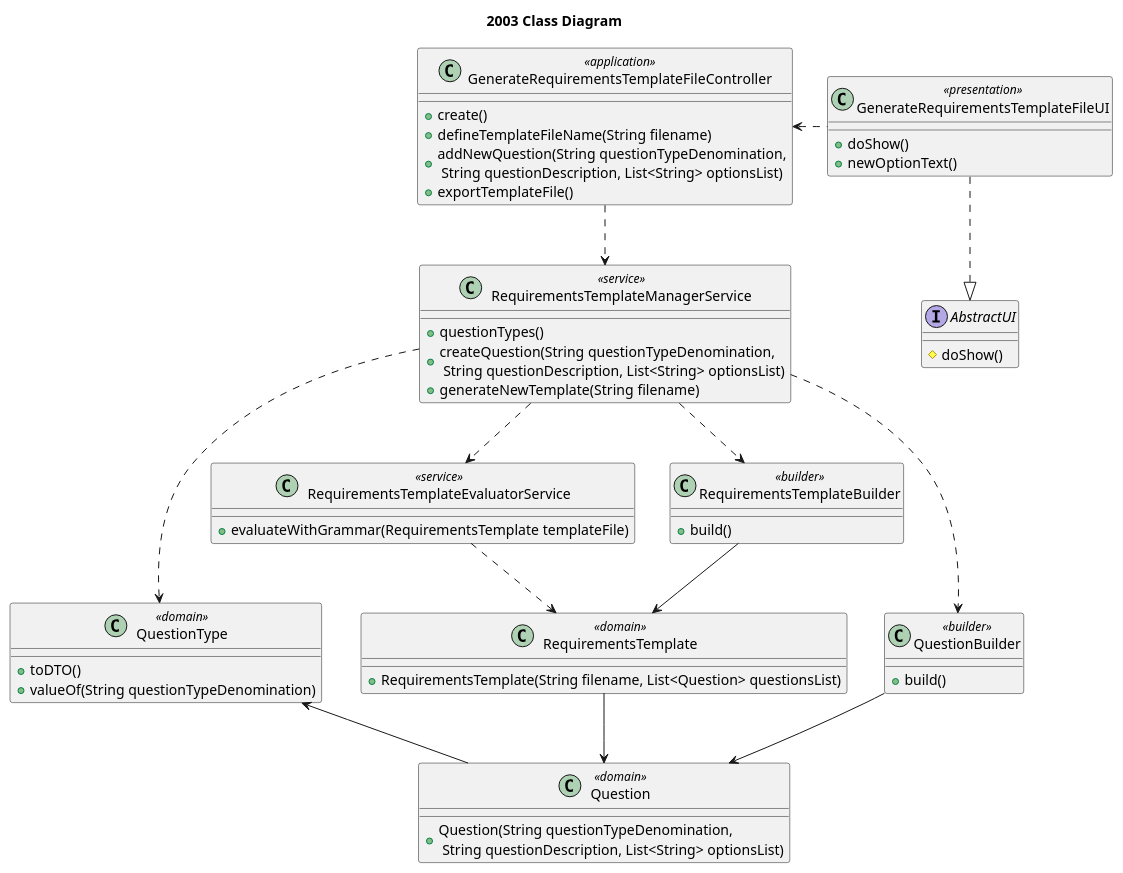
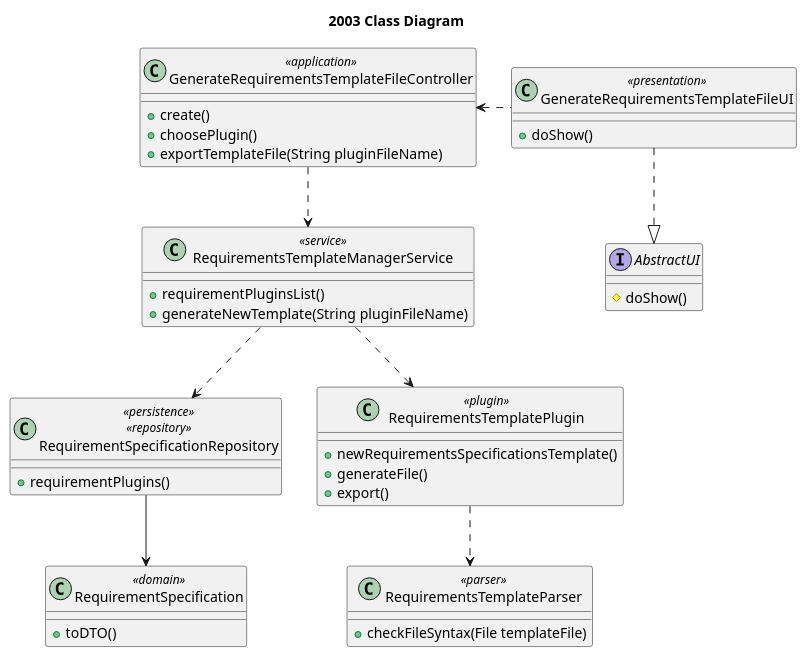
One commit to rita-barbosa/LAPR4-2324 changed the diagram in docs/sb_us_2003/US2003_Class_Diagram/us2003_class_diagram.puml. Above: the diagram before and after it, drawn with PlantUML. The commit also changed 6 other files, not shown here.

Commit message:
docs: US2003 design update for plugin (diagrams, grammar + patterns) + text template example [#104]

```diff
--- a/docs/sb_us_2003/US2003_Class_Diagram/us2003_class_diagram.puml
+++ b/docs/sb_us_2003/US2003_Class_Diagram/us2003_class_diagram.puml
@@ -1,75 +1,56 @@
 @startuml US2003_class_diagram
 'https://plantuml.com/class-diagram
 
 title 2003 Class Diagram
 
 interface AbstractUI {
 # doShow()
 }
 
 class GenerateRequirementsTemplateFileUI <<presentation>>  {
 + doShow()
-+ newOptionText()
 }
 
 class GenerateRequirementsTemplateFileController <<application>> {
 + create()
-+ defineTemplateFileName(String filename)
-+ addNewQuestion(String questionTypeDenomination,\n String questionDescription, List<String> optionsList)
-+ exportTemplateFile()
++ choosePlugin()
++ exportTemplateFile(String pluginFileName)
 }
 
-
 class RequirementsTemplateManagerService <<service>> {
-+ questionTypes()
-+ createQuestion(String questionTypeDenomination,\n String questionDescription, List<String> optionsList)
-+ generateNewTemplate(String filename)
++ requirementPluginsList()
++ generateNewTemplate(String pluginFileName)
 }
 
-class RequirementsTemplateEvaluatorService <<service>> {
-+ evaluateWithGrammar(RequirementsTemplate templateFile)
+class RequirementSpecificationRepository <<persistence>>\n<<repository>> {
++ requirementPlugins()
 }
 
-class QuestionType <<domain>> {
+class RequirementSpecification <<domain>> {
 + toDTO()
-+ valueOf(String questionTypeDenomination)
 }
 
-
-class RequirementsTemplateBuilder <<builder>> {
-+ build()
+class RequirementsTemplatePlugin <<plugin>> {
++ newRequirementsSpecificationsTemplate()
++ generateFile()
++ export()
 }
 
-class QuestionBuilder <<builder>> {
-+ build()
+class RequirementsTemplateParser <<parser>> {
++ checkFileSyntax(File templateFile)
 }
 
-class Question <<domain>> {
-+ Question(String questionTypeDenomination,\n String questionDescription, List<String> optionsList)
-}
-
-
-class RequirementsTemplate <<domain>> {
-+ RequirementsTemplate(String filename, List<Question> questionsList)
-}
 
 
 'Associations
 AbstractUI <|.up. GenerateRequirementsTemplateFileUI
 
 
 GenerateRequirementsTemplateFileUI .left.> GenerateRequirementsTemplateFileController
 GenerateRequirementsTemplateFileController ..> RequirementsTemplateManagerService
-RequirementsTemplateManagerService ..> RequirementsTemplateEvaluatorService
-
-RequirementsTemplateManagerService ..> QuestionType
-RequirementsTemplateManagerService ..> QuestionBuilder
-RequirementsTemplateManagerService ..> RequirementsTemplateBuilder
-RequirementsTemplateEvaluatorService ..> RequirementsTemplate
-
-RequirementsTemplateBuilder --> RequirementsTemplate
-QuestionBuilder --> Question
-Question -left-> QuestionType
-RequirementsTemplate --> Question
+RequirementsTemplateManagerService ..> RequirementSpecificationRepository
+RequirementSpecificationRepository --> RequirementSpecification
+RequirementsTemplateManagerService ..> RequirementsTemplatePlugin
+RequirementsTemplatePlugin ..> RequirementsTemplateParser
 
 @enduml
```
